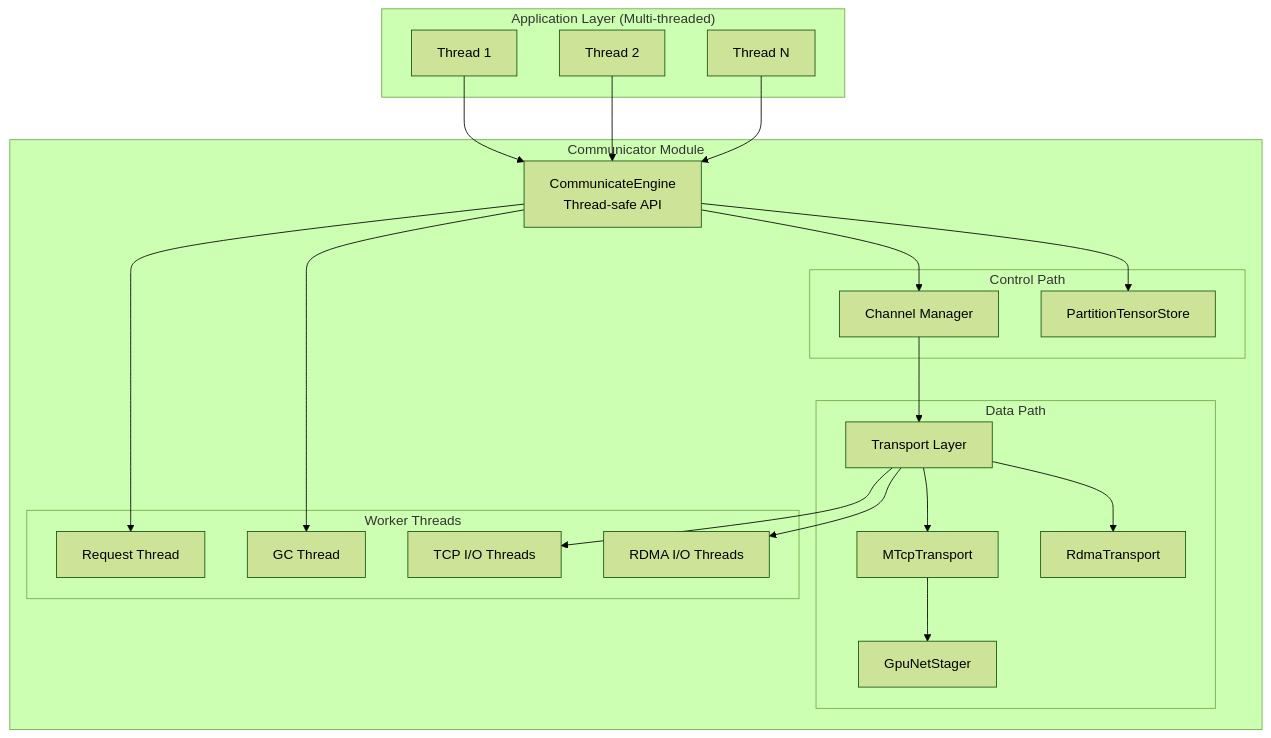
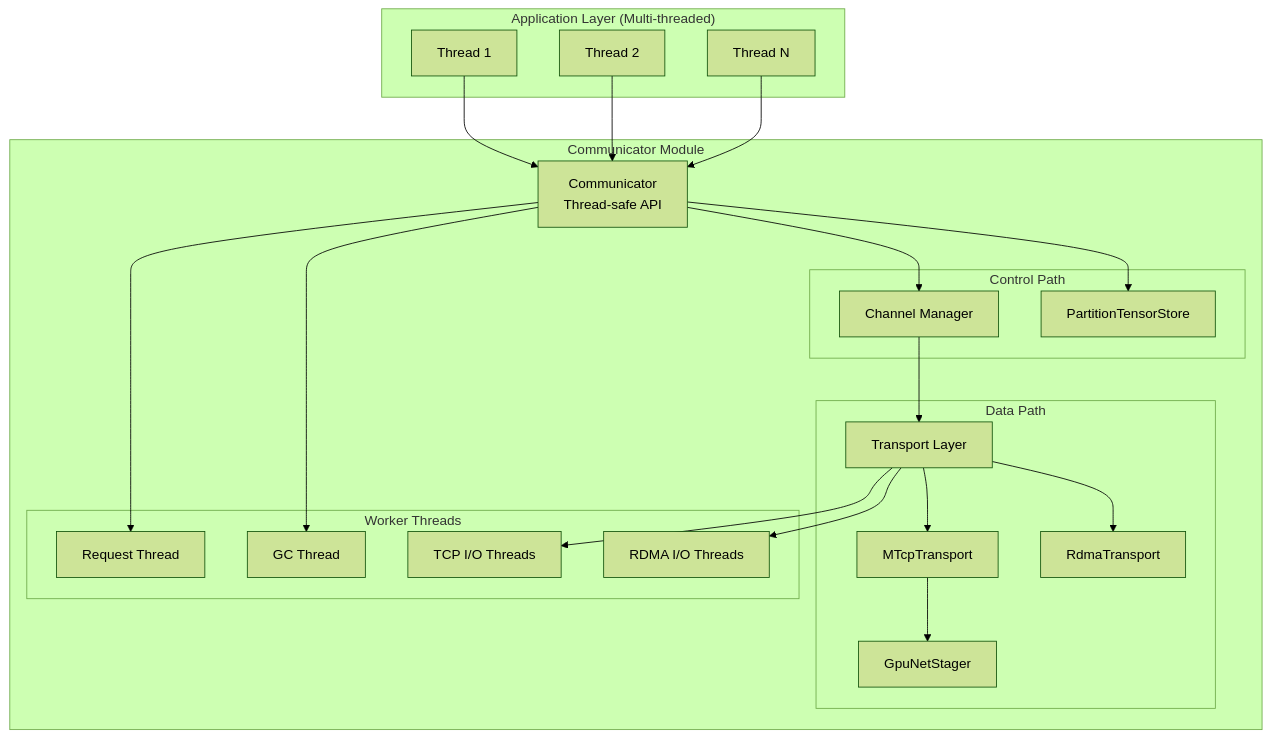
One commit to tensorcast-ai/tensorcast changed the first of 13 diagrams in core/communicator/README.md. Above: the diagram before and after it, drawn with Mermaid (forest theme). The commit also changed other lines of this file and 38 other files, not shown here.

Commit message:
refactor: rename CommunicateEngine to Communicator

````diff
--- a/core/communicator/README.md
+++ b/core/communicator/README.md
@@ -19,40 +19,40 @@
 ```mermaid
 flowchart TB
   subgraph Application["Application Layer (Multi-threaded)"]
     T1[Thread 1]
     T2[Thread 2]
     T3[Thread N]
   end
 
   subgraph Communicator["Communicator Module"]
-    CE[CommunicateEngine<br/>Thread-safe API]
+    CE[Communicator<br/>Thread-safe API]
 
     subgraph "Control Path"
       CH[Channel Manager]
       PS[PartitionTensorStore]
     end
 
     subgraph "Data Path"
       TR[Transport Layer]
       MTCP[MTcpTransport]
       RDMA[RdmaTransport]
       STAGER[GpuNetStager]
     end
 
     subgraph "Worker Threads"
       RT[Request Thread]
       GT[GC Thread]
       TCPThreads[TCP I/O Threads]
       RDMAThreads[RDMA I/O Threads]
     end
   end
 
   T1 & T2 & T3 --> CE
   CE --> CH
   CE --> PS
   CH --> TR
   TR --> MTCP & RDMA
   MTCP --> STAGER
   CE --> RT & GT
   TR --> TCPThreads & RDMAThreads
 ```
````
